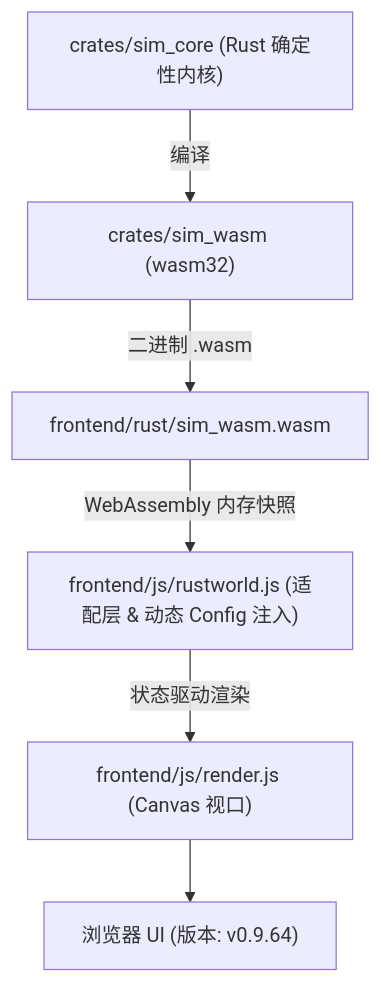
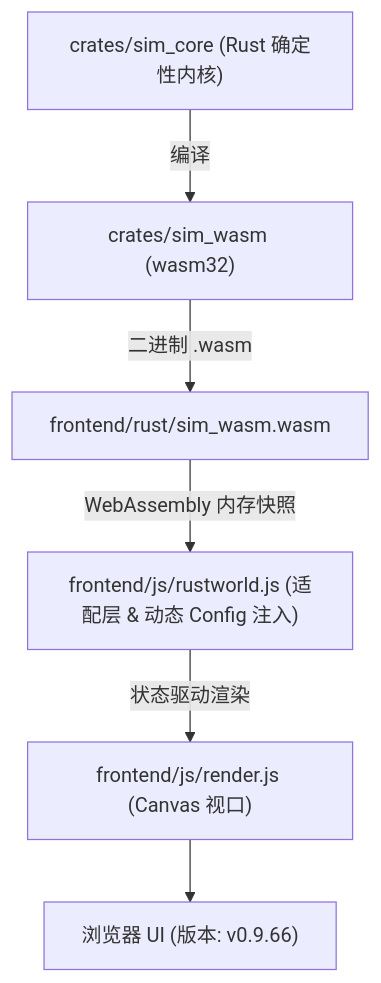
The diagram in AGENTS.md (g39088902/FlowAndAccord), drawn with Mermaid before and after one commit. The commit also changed other lines of this file and 13 other files, not shown here.

````diff
--- a/AGENTS.md
+++ b/AGENTS.md
@@ -42,8 +42,8 @@
 ```mermaid
 graph TD
     A["crates/sim_core (Rust 确定性内核)"] -->|编译| B["crates/sim_wasm (wasm32)"]
     B -->|二进制 .wasm| C["frontend/rust/sim_wasm.wasm"]
     C -->|WebAssembly 内存快照| D["frontend/js/rustworld.js (适配层 & 动态 Config 注入)"]
     D -->|状态驱动渲染| E["frontend/js/render.js (Canvas 视口)"]
-    E --> F["浏览器 UI (版本: v0.9.64)"]
+    E --> F["浏览器 UI (版本: v0.9.66)"]
 ```
````
